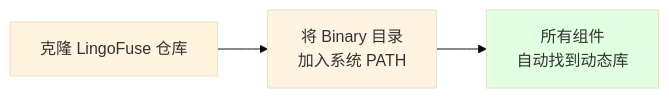
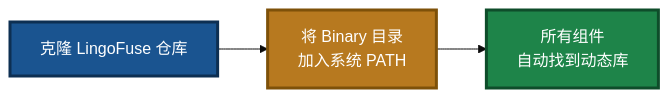
Diagram 13 of 13 in readme.md (PassByYou888/LingoFuse-pasAgent), drawn with Mermaid (base theme) before and after one commit. The commit also changed other lines of this file, not shown here.

````diff
--- a/readme.md
+++ b/readme.md
@@ -179,8 +357,9 @@
 ```mermaid
 flowchart LR
     A["克隆 LingoFuse 仓库"] --> B["将 Binary 目录<br/>加入系统 PATH"]
     B --> C["所有组件<br/>自动找到动态库"]
 
-    style B fill:#fff4e1
-    style C fill:#e1ffe1
+    style A fill:#1A5490,stroke:#0D2F52,stroke-width:3px,color:#FFFFFF
+    style B fill:#B7791F,stroke:#7E5109,stroke-width:3px,color:#FFFFFF
+    style C fill:#1E8449,stroke:#0E4D2A,stroke-width:3px,color:#FFFFFF
 ```
````
